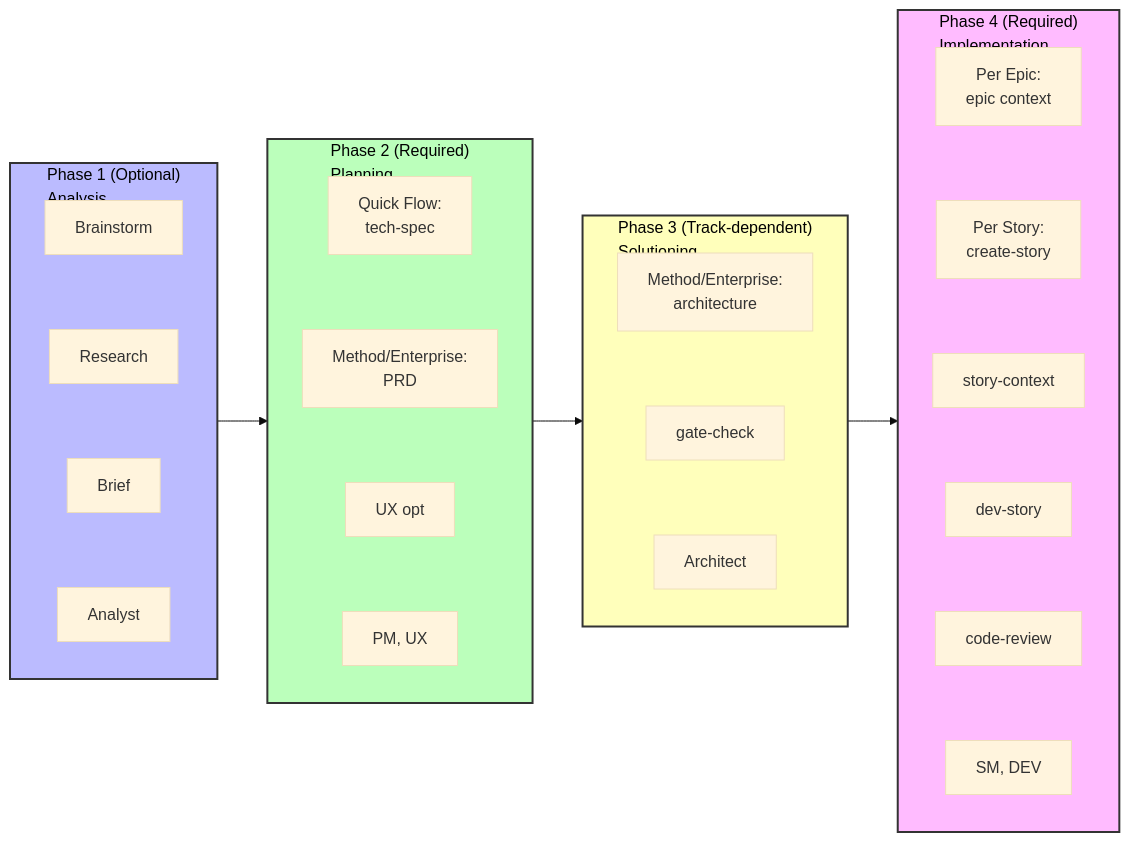
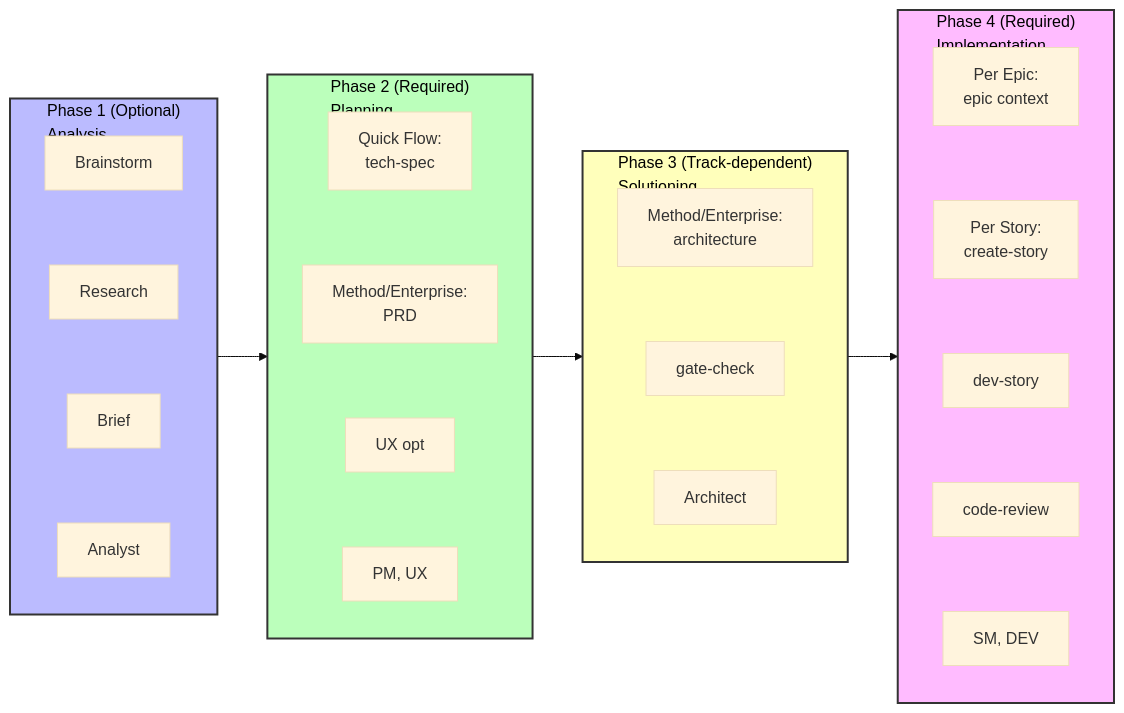
Before and after one commit to vivek-dataskate/CBLAeroDelivery: the diagram in src/modules/bmm/docs/quick-start.md, drawn with Mermaid (base theme). The commit also changed 19 other files, not shown here.

````diff
--- a/src/modules/bmm/docs/quick-start.md
+++ b/src/modules/bmm/docs/quick-start.md
@@ -284,48 +284,47 @@
 ```mermaid
 flowchart LR
     subgraph P1["Phase 1 (Optional)<br/>Analysis"]
         direction TB
         A1[Brainstorm]
         A2[Research]
         A3[Brief]
         A4[Analyst]
         A1 ~~~ A2 ~~~ A3 ~~~ A4
     end
 
     subgraph P2["Phase 2 (Required)<br/>Planning"]
         direction TB
         B1[Quick Flow:<br/>tech-spec]
         B2[Method/Enterprise:<br/>PRD]
         B3[UX opt]
         B4[PM, UX]
         B1 ~~~ B2 ~~~ B3 ~~~ B4
     end
 
     subgraph P3["Phase 3 (Track-dependent)<br/>Solutioning"]
         direction TB
         C1[Method/Enterprise:<br/>architecture]
         C2[gate-check]
         C3[Architect]
         C1 ~~~ C2 ~~~ C3
     end
 
     subgraph P4["Phase 4 (Required)<br/>Implementation"]
         direction TB
         D1[Per Epic:<br/>epic context]
         D2[Per Story:<br/>create-story]
-        D3[story-context]
-        D4[dev-story]
-        D5[code-review]
-        D6[SM, DEV]
-        D1 ~~~ D2 ~~~ D3 ~~~ D4 ~~~ D5 ~~~ D6
+        D3[dev-story]
+        D4[code-review]
+        D5[SM, DEV]
+        D1 ~~~ D2 ~~~ D3 ~~~ D4 ~~~ D5
     end
 
     P1 --> P2
     P2 --> P3
     P3 --> P4
 
     style P1 fill:#bbf,stroke:#333,stroke-width:2px,color:#000
     style P2 fill:#bfb,stroke:#333,stroke-width:2px,color:#000
     style P3 fill:#ffb,stroke:#333,stroke-width:2px,color:#000
     style P4 fill:#fbf,stroke:#333,stroke-width:2px,color:#000
 ```
````
